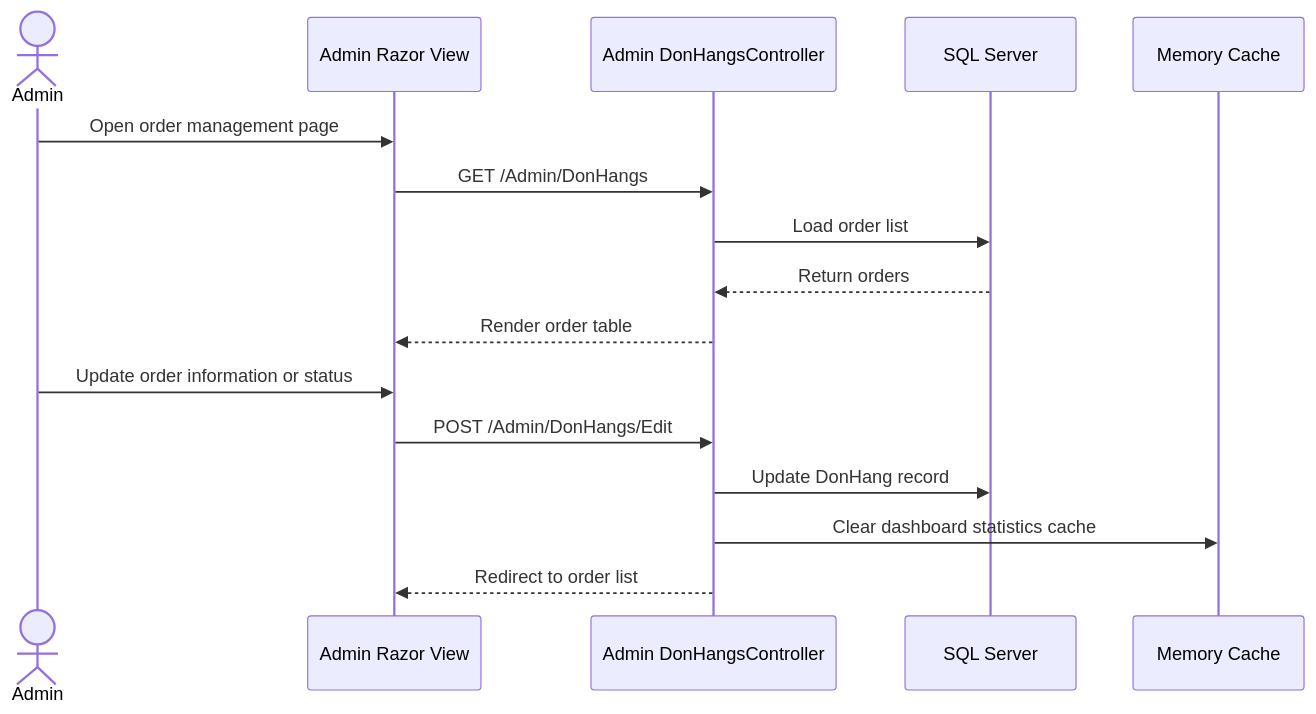
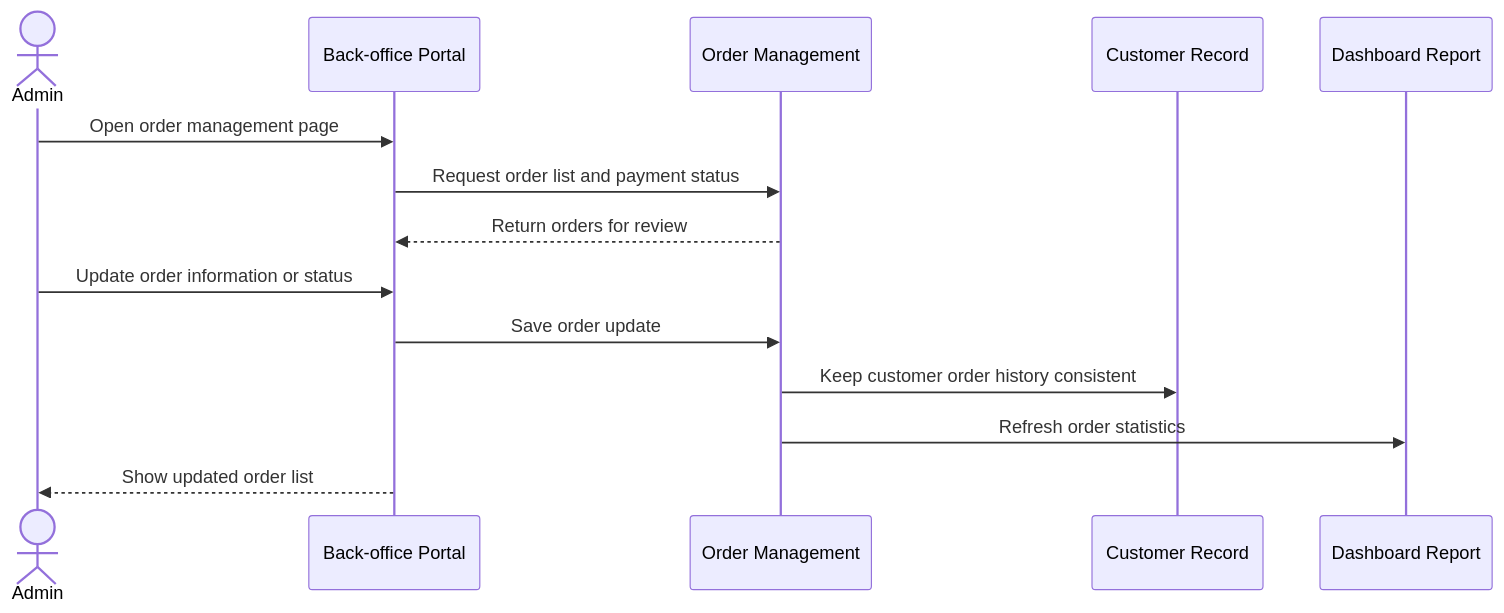
The fifth of 7 diagrams in README.md (ngxuanvan/ReSip-Multi-Payment-E-Commerce), drawn with Mermaid before and after one commit. The commit also changed other lines of this file, not shown here.

Commit message:
docs: refine README diagrams for BA perspective

````diff
--- a/README.md
+++ b/README.md
@@ -171,20 +169,18 @@
 ```mermaid
 sequenceDiagram
     actor Admin
-    participant AdminView as Admin Razor View
-    participant AdminCtrl as Admin DonHangsController
-    participant DB as SQL Server
-    participant Cache as Memory Cache
+    participant BackOffice as Back-office Portal
+    participant Order as Order Management
+    participant Customer as Customer Record
+    participant Dashboard as Dashboard Report
 
-    Admin->>AdminView: Open order management page
-    AdminView->>AdminCtrl: GET /Admin/DonHangs
-    AdminCtrl->>DB: Load order list
-    DB-->>AdminCtrl: Return orders
-    AdminCtrl-->>AdminView: Render order table
+    Admin->>BackOffice: Open order management page
+    BackOffice->>Order: Request order list and payment status
+    Order-->>BackOffice: Return orders for review
 
-    Admin->>AdminView: Update order information or status
-    AdminView->>AdminCtrl: POST /Admin/DonHangs/Edit
-    AdminCtrl->>DB: Update DonHang record
-    AdminCtrl->>Cache: Clear dashboard statistics cache
-    AdminCtrl-->>AdminView: Redirect to order list
+    Admin->>BackOffice: Update order information or status
+    BackOffice->>Order: Save order update
+    Order->>Customer: Keep customer order history consistent
+    Order->>Dashboard: Refresh order statistics
+    BackOffice-->>Admin: Show updated order list
 ```
````
